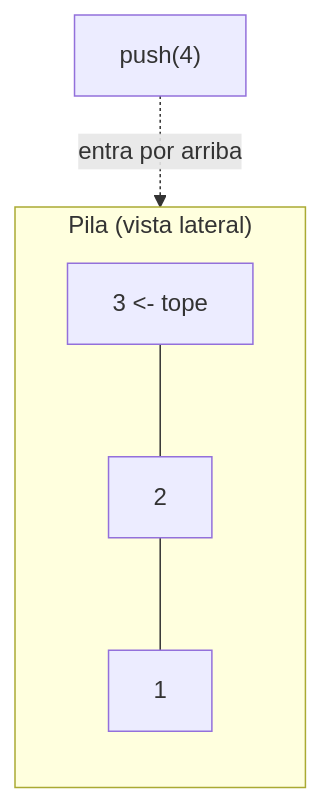
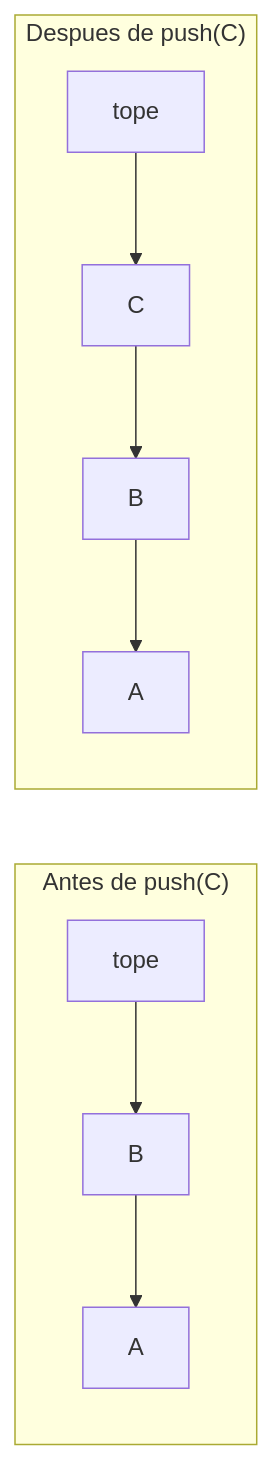
The diagram in content/cursos/estructuras-de-datos/implementacion-de-pilas-en-java.mdx (santiagoSuarez219/nodo-edu), drawn with Mermaid before and after one commit. The commit also changed other lines of this file and 4 other files, not shown here.

````diff
--- a/content/cursos/estructuras-de-datos/implementacion-de-pilas-en-java.mdx
+++ b/content/cursos/estructuras-de-datos/implementacion-de-pilas-en-java.mdx
@@ -53,11 +117,9 @@
 ```mermaid
-flowchart TB
-  subgraph Pila["Pila (vista lateral)"]
-    direction TB
-    C["3 <- tope"]
-    B["2"]
-    A["1"]
-    C --- B --- A
+flowchart LR
+  subgraph Antes["Antes de push(C)"]
+    T1["tope"] --> B1["B"] --> A1["A"]
   end
-  Entrada["push(4)"] -.->|"entra por arriba"| C
+  subgraph Despues["Despues de push(C)"]
+    T2["tope"] --> C2["C"] --> B2["B"] --> A2["A"]
+  end
 ```
````
